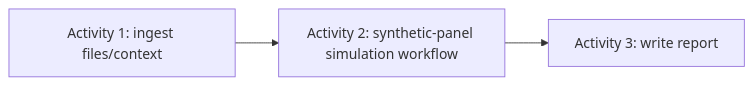
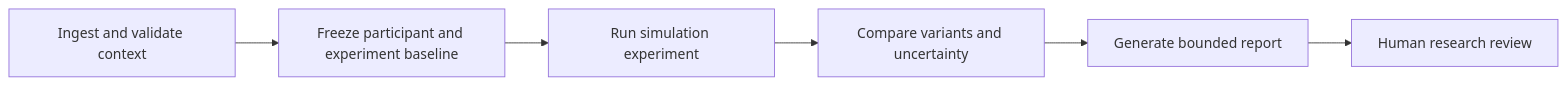
Before and after one commit to thaithienvanid/agentic-reference-architecture: the first of 2 diagrams in examples/synthetic-research.mdx, drawn with Mermaid. The commit also changed other lines of this file, not shown here.

Commit message:
docs: rewrite synthetic research worked example

````diff
--- a/examples/synthetic-research.mdx
+++ b/examples/synthetic-research.mdx
@@ -23,7 +64,11 @@
 ```mermaid
 flowchart LR
-    Ingest["Activity 1: ingest files/context"]
-    Simulate["Activity 2: synthetic-panel simulation workflow"]
-    Report["Activity 3: write report"]
-    Ingest --> Simulate --> Report
+    Ingest["Ingest and validate context"]
+    Freeze["Freeze participant and experiment baseline"]
+    Simulate["Run simulation experiment"]
+    Compare["Compare variants and uncertainty"]
+    Report["Generate bounded report"]
+    Review["Human research review"]
+
+    Ingest --> Freeze --> Simulate --> Compare --> Report --> Review
 ```
````
